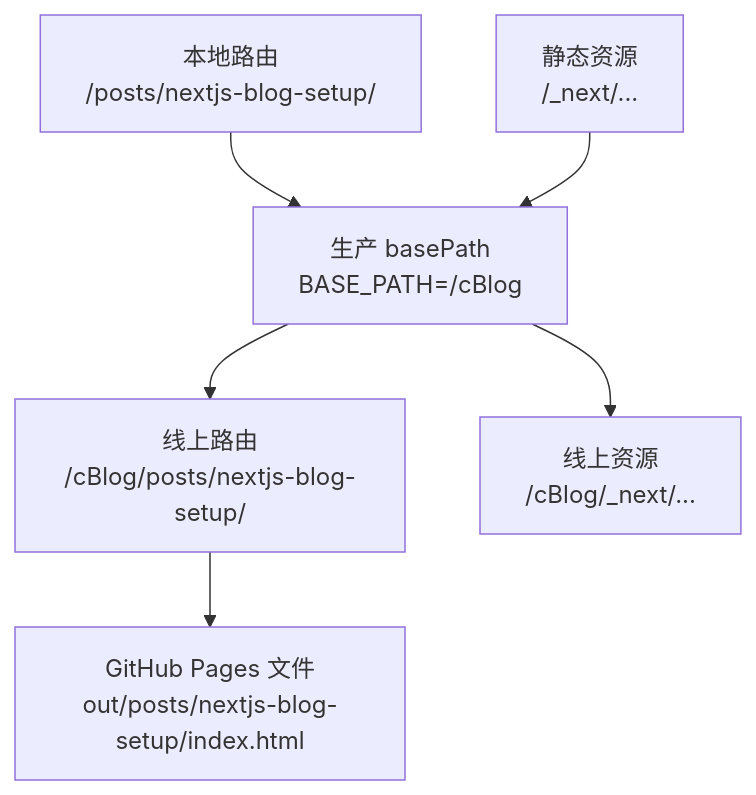
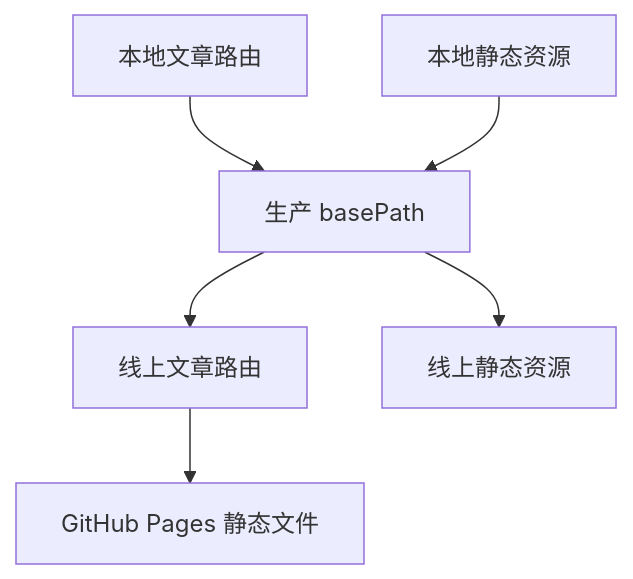
The third of 5 diagrams in content/posts/technical/2025/nextjs-blog-setup/index.md (Lee-NG915/cBlog), drawn with Mermaid before and after one commit. The commit also changed other lines of this file and 1 other file, not shown here.

Commit message:
refactor: improve Mermaid diagram rendering logic and update Markdown examples for clarity

````diff
--- a/content/posts/technical/2025/nextjs-blog-setup/index.md
+++ b/content/posts/technical/2025/nextjs-blog-setup/index.md
@@ -179,9 +179,9 @@
 ```mermaid
 flowchart TB
-  A["本地路由<br/>/posts/nextjs-blog-setup/"] --> B["生产 basePath<br/>BASE_PATH=/cBlog"]
-  B --> C["线上路由<br/>/cBlog/posts/nextjs-blog-setup/"]
-  C --> D["GitHub Pages 文件<br/>out/posts/nextjs-blog-setup/index.html"]
+  A["本地文章路由"] --> B["生产 basePath"]
+  B --> C["线上文章路由"]
+  C --> D["GitHub Pages 静态文件"]
 
-  A2["静态资源<br/>/_next/..."] --> B
-  B --> C2["线上资源<br/>/cBlog/_next/..."]
+  A2["本地静态资源"] --> B
+  B --> C2["线上静态资源"]
 ```
````
